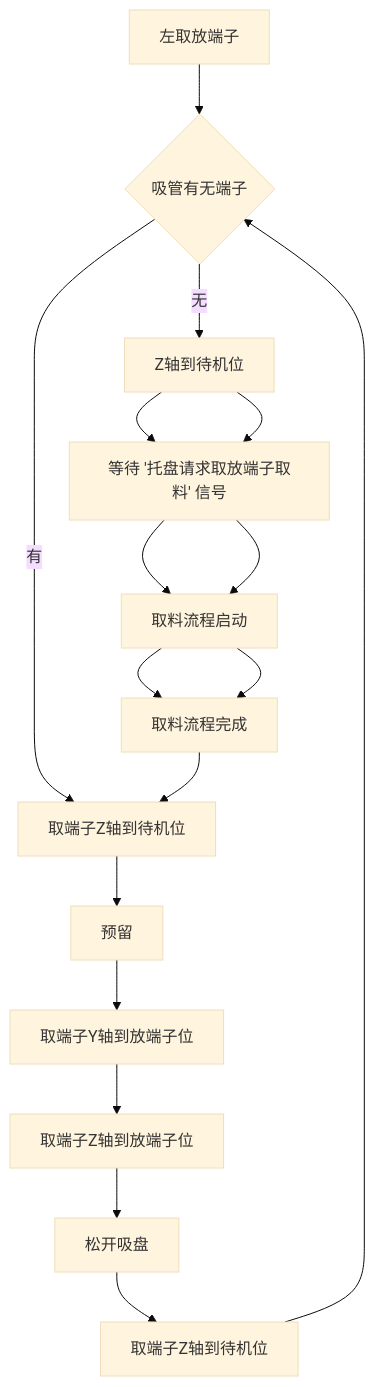
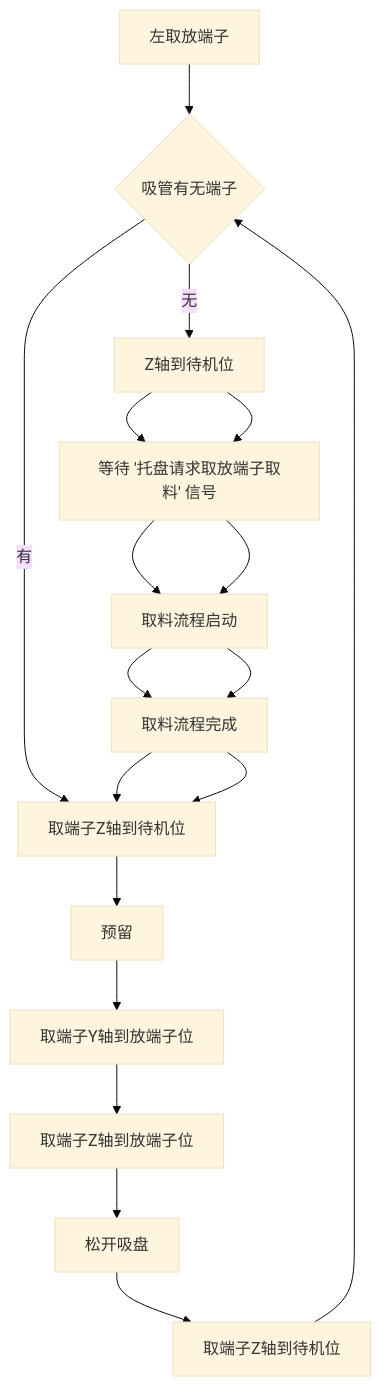
The diagram in all/VR-OP90左取放端子.md (zmq000/iodraw-files), drawn with Mermaid (base theme) before and after one commit.

Commit message:
2026-06-18 11:29:30 update

````diff
--- a/all/VR-OP90左取放端子.md
+++ b/all/VR-OP90左取放端子.md
@@ -1,21 +1,22 @@
 ```mermaid
 graph TD
 0[左取放端子]-->10
 10{吸管有无端子}-->|有|60
 10-->|无|20
 20[取端子Y轴到取端子位]-->30
 30[托盘X轴到取端子位]-->40
 40[取端子Z轴到取端子位]-->50
 50[启动吸盘]-->60
 60[取端子Z轴到待机位]-->70
 70[预留]-->80
 80[取端子Y轴到放端子位]-->90
 90[取端子Z轴到放端子位]-->100
 100[松开吸盘]-->110
 110[取端子Z轴到待机位]-->10
 
 20[Z轴到待机位]-->30
 30[等待 '托盘请求取放端子取料' 信号] -->40
 40[取料流程启动]-->50
-50[取料流程完成]
+50[取料流程完成]-->60
+60
 ```
````
